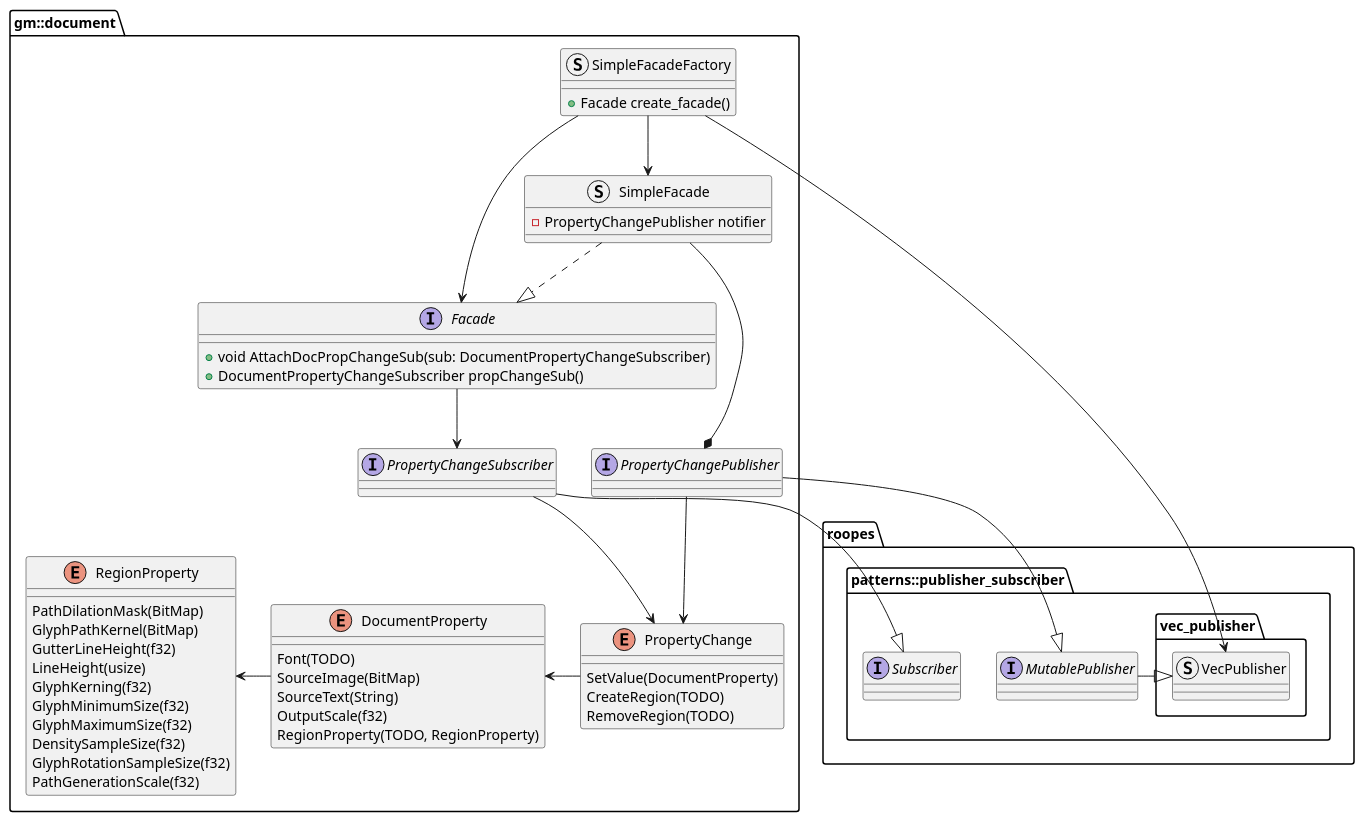
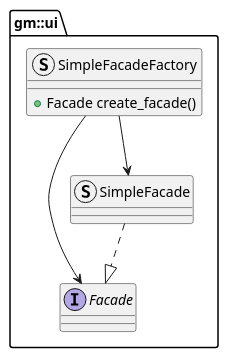
The diagram in documentation/Specification/diagrams/subsystems/ui/intra.plantuml (zwerdlds/GlyphMosaic), drawn with PlantUML before and after one commit. The commit also changed 4 other files, not shown here.

```diff
--- a/documentation/Specification/diagrams/subsystems/ui/intra.plantuml
+++ b/documentation/Specification/diagrams/subsystems/ui/intra.plantuml
@@ -1,83 +1,31 @@
 @startuml intra
 skinparam componentStyle uml1
 
-package "gm::document" as doc {
-    interface "Facade" as docf{
-        + void AttachDocPropChangeSub(sub: DocumentPropertyChangeSubscriber)
-        + DocumentPropertyChangeSubscriber propChangeSub()
+package "gm::ui" as ui {
+    interface "Facade" as uif{
     }
 
-    enum "PropertyChange" as docpc {
-        SetValue(DocumentProperty)
-        CreateRegion(TODO)
-        RemoveRegion(TODO)
-    }
-
-    enum "DocumentProperty" as docp {
-        Font(TODO)
-        SourceImage(BitMap)
-        SourceText(String)
-        OutputScale(f32)
-        RegionProperty(TODO, RegionProperty)
-    }
-
-    enum "RegionProperty" as docrp {
-        PathDilationMask(BitMap)
-        GlyphPathKernel(BitMap)
-        GutterLineHeight(f32)
-        LineHeight(usize)
-        GlyphKerning(f32)
-        GlyphMinimumSize(f32)
-        GlyphMaximumSize(f32)
-        DensitySampleSize(f32)
-        GlyphRotationSampleSize(f32)
-        PathGenerationScale(f32)
-    }
-
-    interface "PropertyChangePublisher" as docpcp
-    interface "PropertyChangeSubscriber" as docpcs
-
-    struct "SimpleFacadeFactory" as docsff {
+    struct "SimpleFacadeFactory" as uisff {
         + Facade create_facade()
     }
-    struct "SimpleFacade" as docsf {
-        - PropertyChangePublisher notifier
+    struct "SimpleFacade" as uisf {
     }
 }
 
-package "roopes"  as roopes {
-    package "patterns::publisher_subscriber" as rps {
-        interface "MutablePublisher" as rmpsp
-        interface "Subscriber" as rpss
+' package "roopes"  as roopes {
+'     package "patterns::publisher_subscriber" as rps {
+'         interface "MutablePublisher" as rmpsp
+'         interface "Subscriber" as rpss
 
-        package "vec_publisher" as rpsvp {
-            struct "VecPublisher" as rpsvpvp
-        }
-    }
-}
+'         package "vec_publisher" as rpsvp {
+'             struct "VecPublisher" as rpsvpvp
+'         }
+'     }
+' }
 
 
-docpc -l-> docp
-
-docp -l-> docrp
-
-docf --> docpcs
-
-docsf ..|> docf
-docsf --* docpcp
-
-docsff --> docsf
-docsff --> rpsvpvp
-docsff --> docf
-
-rmpsp -|> rpsvpvp
-
-docpcs --|> rpss
-docpcs --> docpc
-
-docpcp --|> rmpsp
-docpcp --> docpc
-
-
+uisf ..|> uif
+uisff --> uisf
+uisff --> uif
 
 @enduml
```
